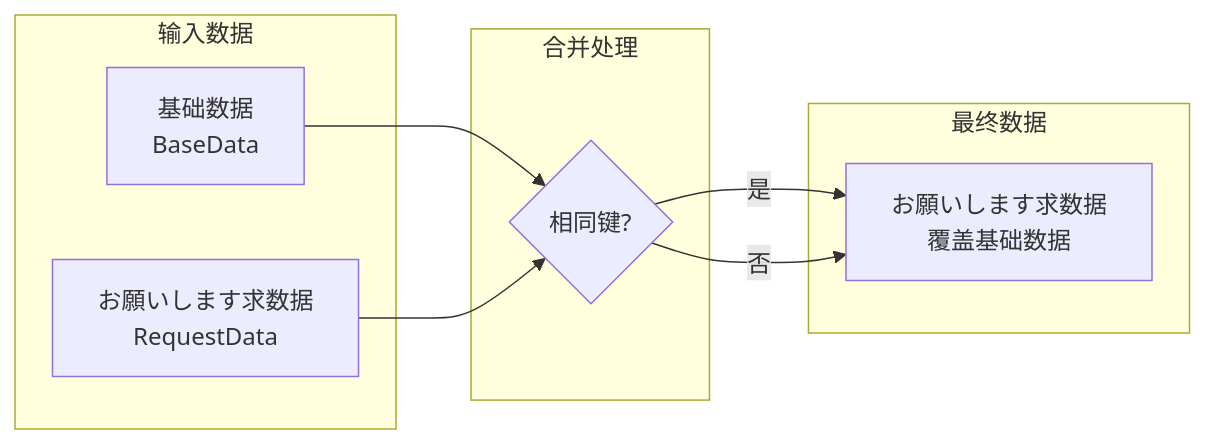
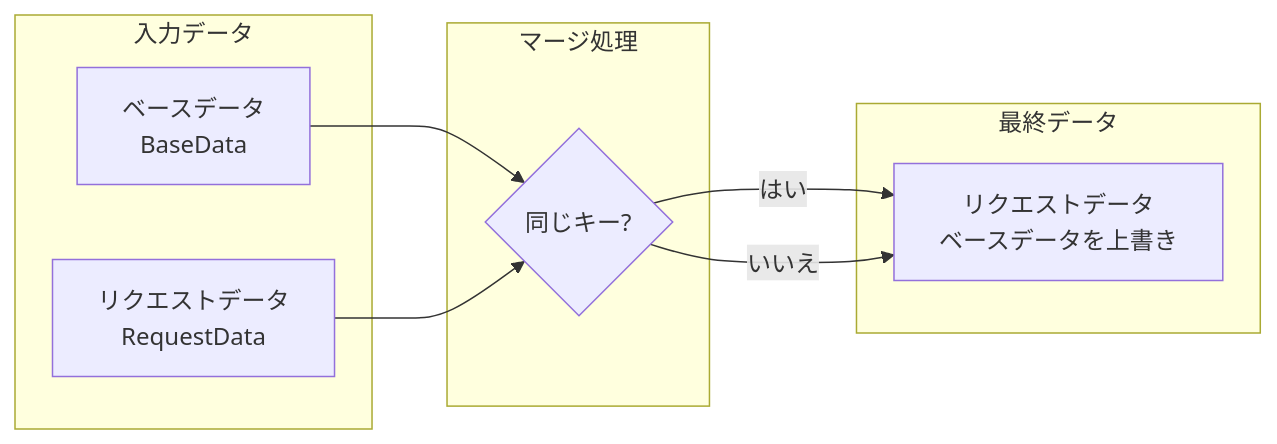
Before and after one commit to AlianBlank/GameFrameX.Docs: the third of 3 diagrams in docs/ja/client/unity/component/web/07.base-data.md, drawn with Mermaid. The commit also changed other lines of this file and 320 other files, not shown here.

````diff
--- a/docs/ja/client/unity/component/web/07.base-data.md
+++ b/docs/ja/client/unity/component/web/07.base-data.md
@@ -171,20 +171,20 @@
 ```mermaid
 flowchart LR
-    subgraph Input["输入数据"]
-        A[基础数据<br/>BaseData]
-        B[お願いします求数据<br/>RequestData]
+    subgraph Input["入力データ"]
+        A[ベースデータ<br/>BaseData]
+        B[リクエストデータ<br/>RequestData]
     end
 
-    subgraph MergeProcess["合并处理"]
-        C{相同键?}
+    subgraph MergeProcess["マージ処理"]
+        C{同じキー?}
     end
 
-    subgraph Output["最终数据"]
-        D[お願いします求数据<br/>覆盖基础数据]
+    subgraph Output["最終データ"]
+        D[リクエストデータ<br/>ベースデータを上書き]
     end
 
     A --> C
     B --> C
-    C -->|是| D
-    C -->|否| D
+    C -->|はい| D
+    C -->|いいえ| D
 ```
````
